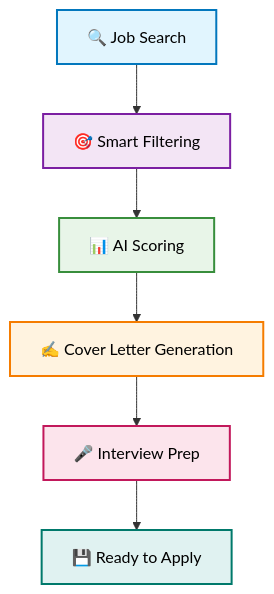
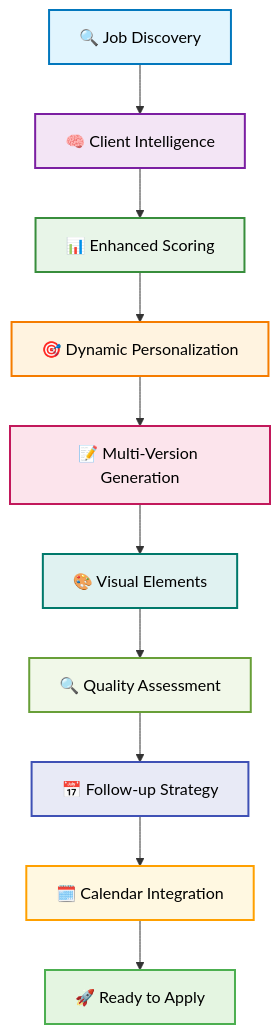
The diagram in README.md (tuankg1028/Upwork-AI-Applier), drawn with Mermaid before and after one commit. The commit also changed other lines of this file, not shown here.

````diff
--- a/README.md
+++ b/README.md
@@ -96,15 +95,23 @@
 ```mermaid
 graph TD
-    A[🔍 Job Search] --> B[🎯 Smart Filtering]
-    B --> C[📊 AI Scoring]
-    C --> D[✍️ Cover Letter Generation]
-    D --> E[🎤 Interview Prep]
-    E --> F[💾 Ready to Apply]
+    A[🔍 Job Discovery] --> B[🧠 Client Intelligence]
+    B --> C[📊 Enhanced Scoring]
+    C --> D[🎯 Dynamic Personalization]
+    D --> E[📝 Multi-Version Generation]
+    E --> F[🎨 Visual Elements]
+    F --> G[🔍 Quality Assessment]
+    G --> H[📅 Follow-up Strategy]
+    H --> I[🗓️ Calendar Integration]
+    I --> J[🚀 Ready to Apply]
     
     style A fill:#e1f5fe,stroke:#0277bd,stroke-width:2px,color:#000
     style B fill:#f3e5f5,stroke:#7b1fa2,stroke-width:2px,color:#000
     style C fill:#e8f5e8,stroke:#388e3c,stroke-width:2px,color:#000
     style D fill:#fff3e0,stroke:#f57c00,stroke-width:2px,color:#000
     style E fill:#fce4ec,stroke:#c2185b,stroke-width:2px,color:#000
     style F fill:#e0f2f1,stroke:#00796b,stroke-width:2px,color:#000
+    style G fill:#f1f8e9,stroke:#689f38,stroke-width:2px,color:#000
+    style H fill:#e8eaf6,stroke:#3f51b5,stroke-width:2px,color:#000
+    style I fill:#fff8e1,stroke:#ffa000,stroke-width:2px,color:#000
+    style J fill:#e4f5e1,stroke:#4caf50,stroke-width:2px,color:#000
 ```
````
